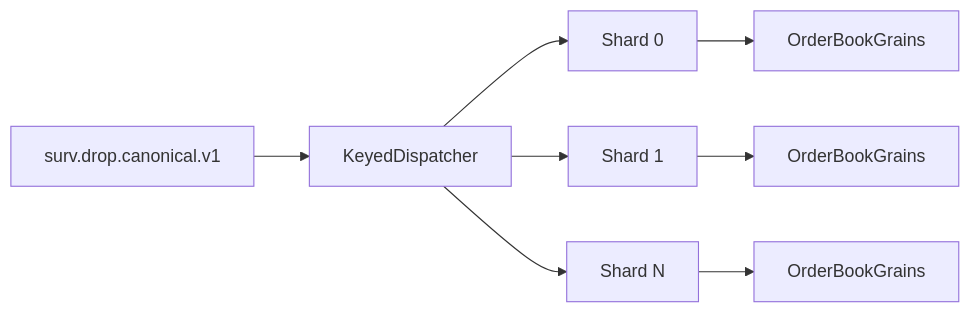
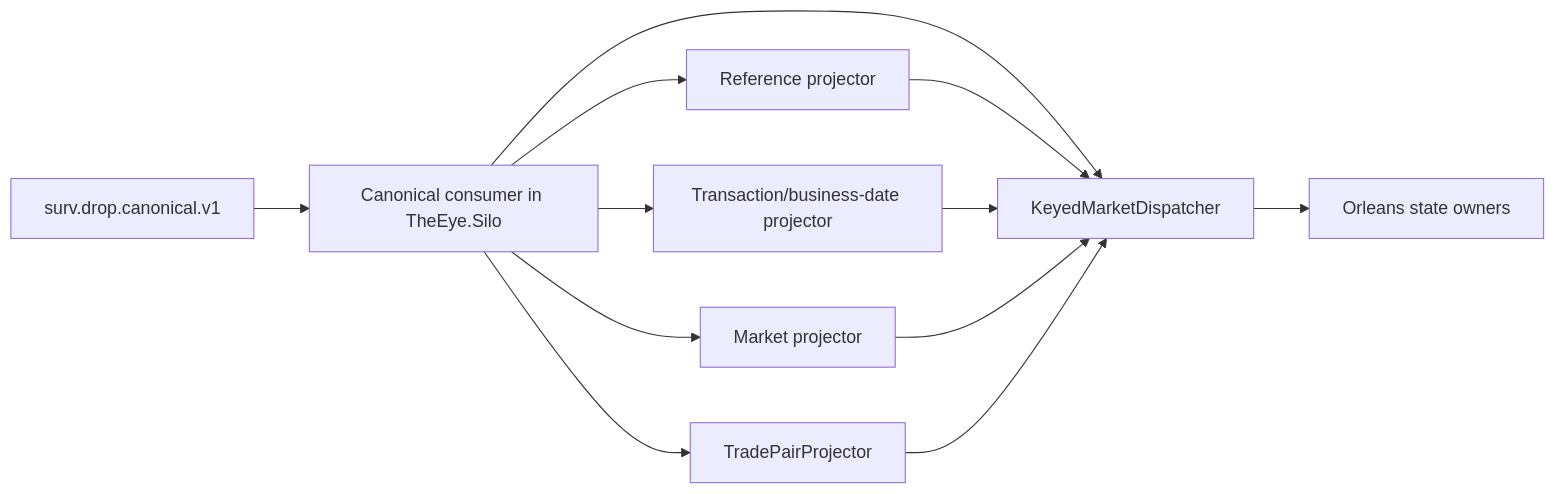
One commit to adnanelhabashy/surveillance-knowledge-base changed the second of 2 diagrams in Market-Surveillance-Full-Plan-Doc-Refrence/Architecture/Implementation-Start/09 - Source Assembly and Ordering Logic.md. Above: the diagram before and after it, drawn with Mermaid. The commit also changed other lines of this file, not shown here.

Commit message:
docs: align source assembly logic with in-process Ingestor and Silo boundary

````diff
--- a/Market-Surveillance-Full-Plan-Doc-Refrence/Architecture/Implementation-Start/09 - Source Assembly and Ordering Logic.md
+++ b/Market-Surveillance-Full-Plan-Doc-Refrence/Architecture/Implementation-Start/09 - Source Assembly and Ordering Logic.md
@@ -265,10 +256,11 @@
 ```mermaid
 flowchart LR
-    C[surv.drop.canonical.v1] --> D[KeyedDispatcher]
-    D --> S0[Shard 0]
-    D --> S1[Shard 1]
-    D --> SN[Shard N]
-    S0 --> G0[OrderBookGrains]
-    S1 --> G1[OrderBookGrains]
-    SN --> GN[OrderBookGrains]
+    C[surv.drop.canonical.v1] --> CC[Canonical consumer in TheEye.Silo]
+    CC --> REF[Reference projector]
+    CC --> TX[Transaction/business-date projector]
+    CC --> MARKET[Market projector]
+    CC --> PAIR[TradePairProjector]
+    CC --> DISP[KeyedMarketDispatcher]
+    REF & TX & MARKET & PAIR --> DISP
+    DISP --> G[Orleans state owners]
 ```
````
